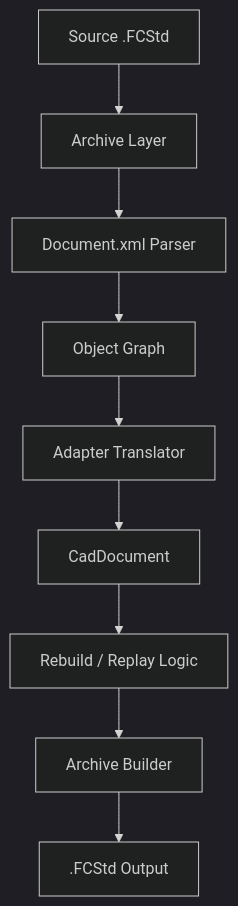
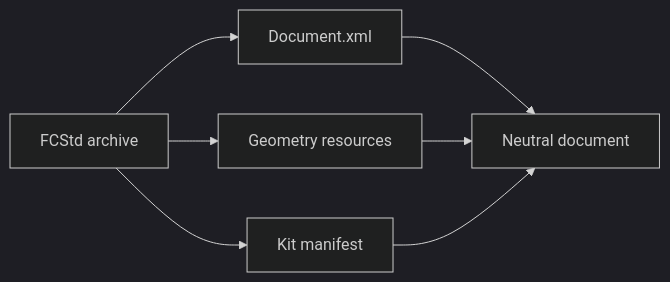
Before and after one commit to TryUniCAD/Kit: the diagram in Documentation/Reference/Adapters/Freecad.md, drawn with Mermaid (dark theme). The commit also changed other lines of this file and 53 other files, not shown here.

````diff
--- a/Documentation/Reference/Adapters/Freecad.md
+++ b/Documentation/Reference/Adapters/Freecad.md
@@ -27,12 +21,9 @@
 ```mermaid
-flowchart TD
-    Source[Source .FCStd] --> Archive[Archive Layer]
-    Archive --> XML[Document.xml Parser]
-    XML --> Graph[Object Graph]
-    Graph --> Translator[Adapter Translator]
-    Translator --> Neutral[CadDocument]
-
-    Neutral --> Builder[Rebuild / Replay Logic]
-    Builder --> ArchiveOut[Archive Builder]
-    ArchiveOut --> Destination[.FCStd Output]
+flowchart LR
+    Archive[FCStd archive] --> XML[Document.xml]
+    Archive --> Geometry[Geometry resources]
+    Archive --> Manifest[Kit manifest]
+    XML --> Model[Neutral document]
+    Geometry --> Model
+    Manifest --> Model
 ```
````
